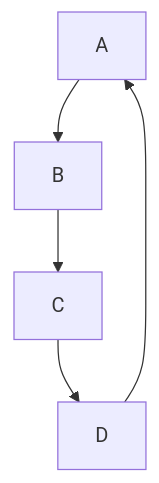
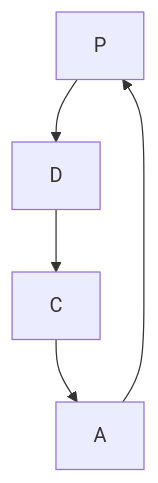
Before and after one commit to guowei1651/blog: the diagram in 学习与计划/3.实施/README.md, drawn with Mermaid.

Commit message:
Updates 学习与计划/3.实施/README.md
Auto commit by GitBook Editor

```diff
--- a/学习与计划/3.实施/README.md
+++ b/学习与计划/3.实施/README.md
@@ -10,7 +10,7 @@
 {% mermaid %}
 graph TD;
-  A-->B;
-  B-->C;
-  C-->D;
-  D-->A;
+  P-->D;
+  D-->C;
+  C-->A;
+  A-->P;
 {% endmermaid %}
```
